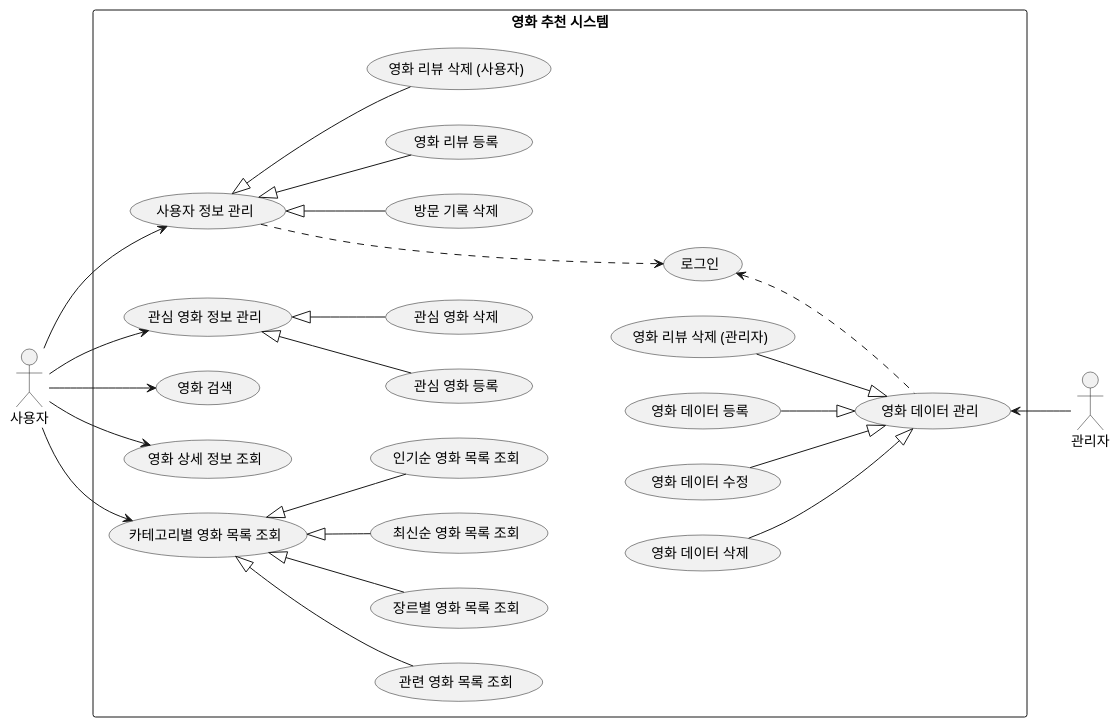
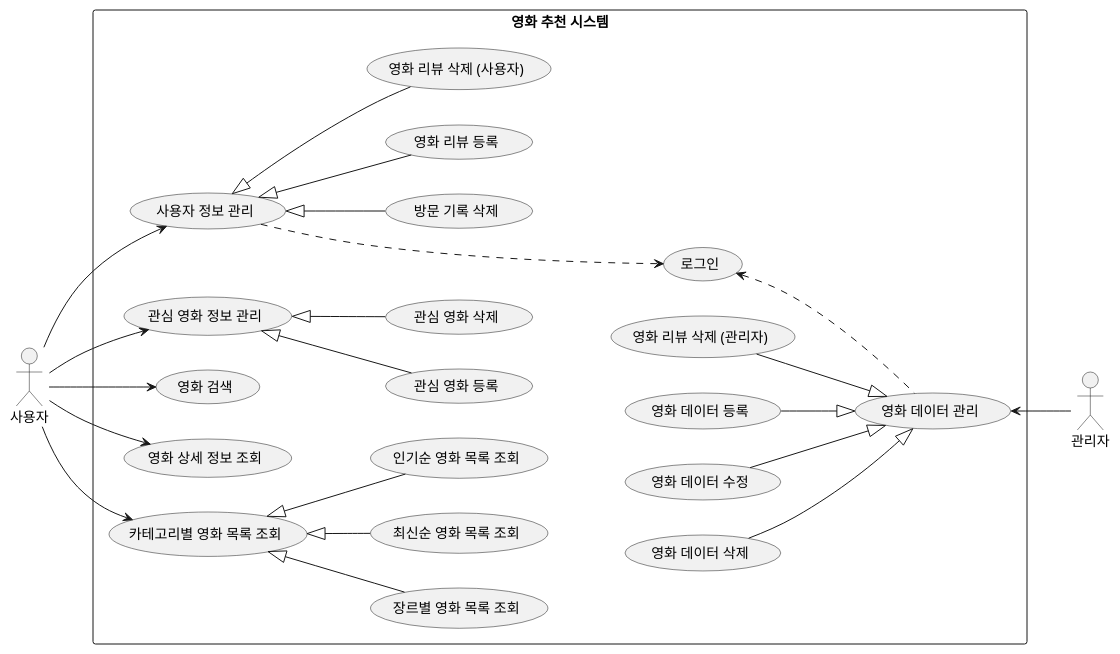
Before and after one commit to marmot8080/SWE: the diagram in src/useCase.puml, drawn with PlantUML.

Commit message:
Delete getRelatedMovieList

```diff
--- a/src/useCase.puml
+++ b/src/useCase.puml
@@ -1,56 +1,54 @@
 @startuml
 
 left to right direction
 actor "사용자" as user
 actor "관리자" as admin
 
 rectangle "영화 추천 시스템" as MR {
     usecase "로그인" as UC01
     usecase "사용자 정보 관리" as UC02
     usecase "방문 기록 삭제" as UC03
     usecase "영화 리뷰 등록" as UC04
     usecase "영화 리뷰 삭제 (사용자)" as UC05
     usecase "관심 영화 정보 관리" as UC06
     usecase "관심 영화 등록" as UC07
     usecase "관심 영화 삭제" as UC08
     usecase "영화 검색" as UC09
     usecase "영화 상세 정보 조회" as UC10
     usecase "카테고리별 영화 목록 조회" as UC11
-    usecase "관련 영화 목록 조회" as UC12
-    usecase "장르별 영화 목록 조회" as UC13
-    usecase "최신순 영화 목록 조회" as UC14
-    usecase "인기순 영화 목록 조회" as UC15
+    usecase "장르별 영화 목록 조회" as UC12
+    usecase "최신순 영화 목록 조회" as UC13
+    usecase "인기순 영화 목록 조회" as UC14
 
     usecase "영화 데이터 관리" as UC16
     usecase "영화 리뷰 삭제 (관리자)" as UC17
     usecase "영화 데이터 등록" as UC18
     usecase "영화 데이터 수정" as UC19
     usecase "영화 데이터 삭제" as UC20
 }
 
 ' 사용자와 연관된 유즈케이스
 user --> UC02
 UC02 ...> UC01
 UC02 <|-- UC03
 UC02 <|-- UC04
 UC02 <|-- UC05
 user --> UC06
 UC06 <|-- UC07
 UC06 <|-- UC08
 user --> UC09
 user --> UC10
 user --> UC11
 UC11 <|-- UC12
 UC11 <|-- UC13
 UC11 <|-- UC14
-UC11 <|--UC15
 
 ' 관리자와 연관된 유즈케이스
 UC16 <-- admin
 UC01 <.. UC16
 UC17 --|> UC16
 UC18 --|> UC16
 UC19 --|> UC16
 UC20 --|> UC16
 
 @enduml
```
